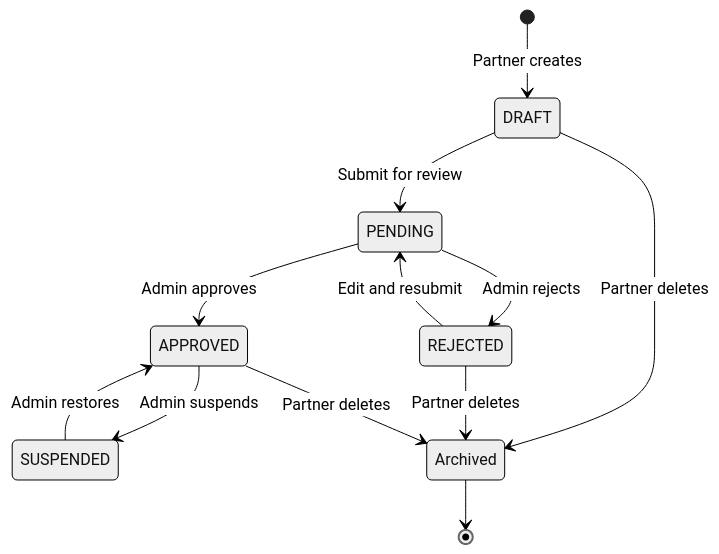
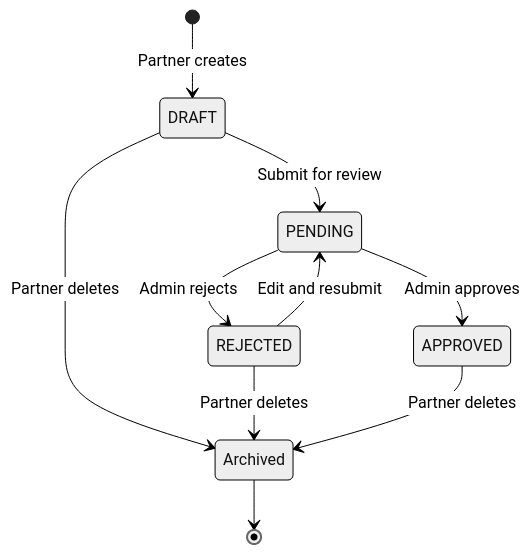
The second of 9 diagrams in docs/state-diagrams-module5.md (SUMMER2026SE/swp391-rbl-project-team_5), drawn with Mermaid (neutral theme) before and after one commit. The commit also changed other lines of this file and 354 other files, not shown here.

First line of the commit message:
docs(diagrams): bo sung class diagram, screen flow va cap nhat state diagram

````diff
--- a/docs/state-diagrams-module5.md
+++ b/docs/state-diagrams-module5.md
@@ -120,14 +125,12 @@
 ```mermaid
 stateDiagram-v2
     [*] --> DRAFT : Partner creates
     DRAFT --> PENDING : Submit for review
     REJECTED --> PENDING : Edit and resubmit
     PENDING --> APPROVED : Admin approves
     PENDING --> REJECTED : Admin rejects
-    APPROVED --> SUSPENDED : Admin suspends
-    SUSPENDED --> APPROVED : Admin restores
     DRAFT --> Archived : Partner deletes
     REJECTED --> Archived : Partner deletes
     APPROVED --> Archived : Partner deletes
     Archived --> [*]
 ```
````
